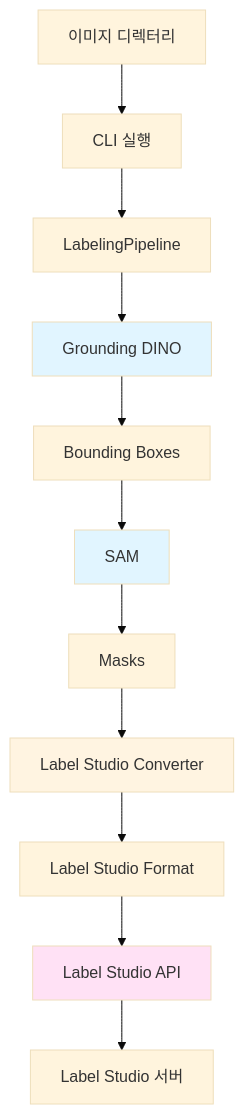
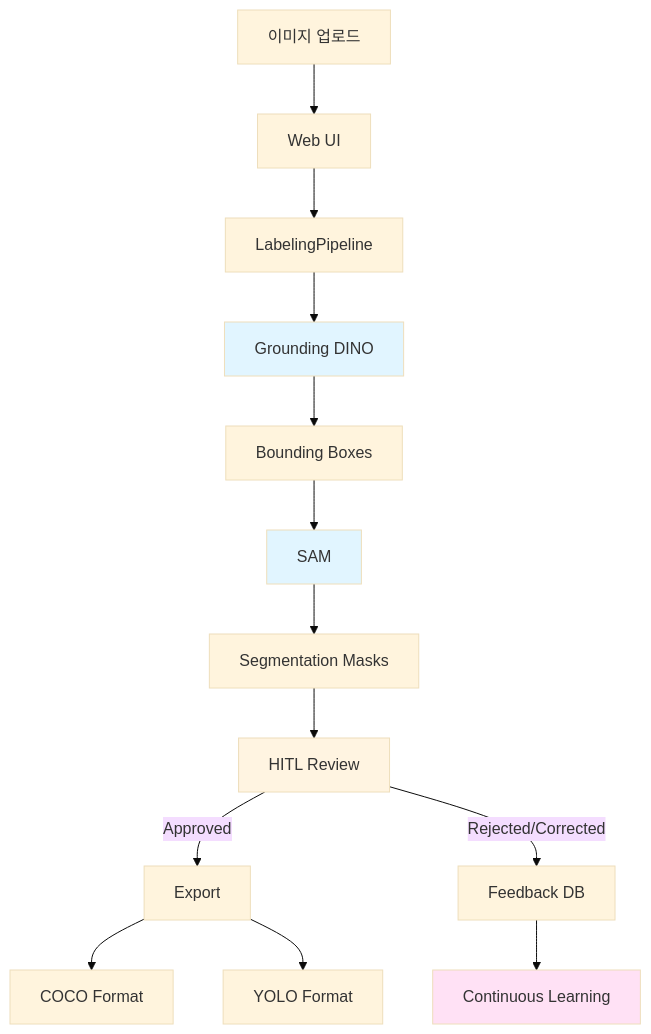
Before and after one commit to yong-again/labeling-agent: the diagram in README.md, drawn with Mermaid (base theme). The commit also changed other lines of this file and 24 other files, not shown here.

````diff
--- a/README.md
+++ b/README.md
@@ -11,18 +17,20 @@
 ```mermaid
 graph TD
-    A[이미지 디렉터리] --> B[CLI 실행]
+    A[이미지 업로드] --> B[Web UI]
     B --> C[LabelingPipeline]
     C --> D[Grounding DINO]
     D --> E[Bounding Boxes]
     E --> F[SAM]
-    F --> G[Masks]
-    G --> H[Label Studio Converter]
-    H --> I[Label Studio Format]
-    I --> J[Label Studio API]
-    J --> K[Label Studio 서버]
+    F --> G[Segmentation Masks]
+    G --> H[HITL Review]
+    H -->|Approved| I[Export]
+    H -->|Rejected/Corrected| J[Feedback DB]
+    J --> K[Continuous Learning]
+    I --> L[COCO Format]
+    I --> M[YOLO Format]
     
     style D fill:#e1f5ff
     style F fill:#e1f5ff
     style H fill:#fff4e1
-    style J fill:#ffe1f5
+    style K fill:#ffe1f5
 ```
````
